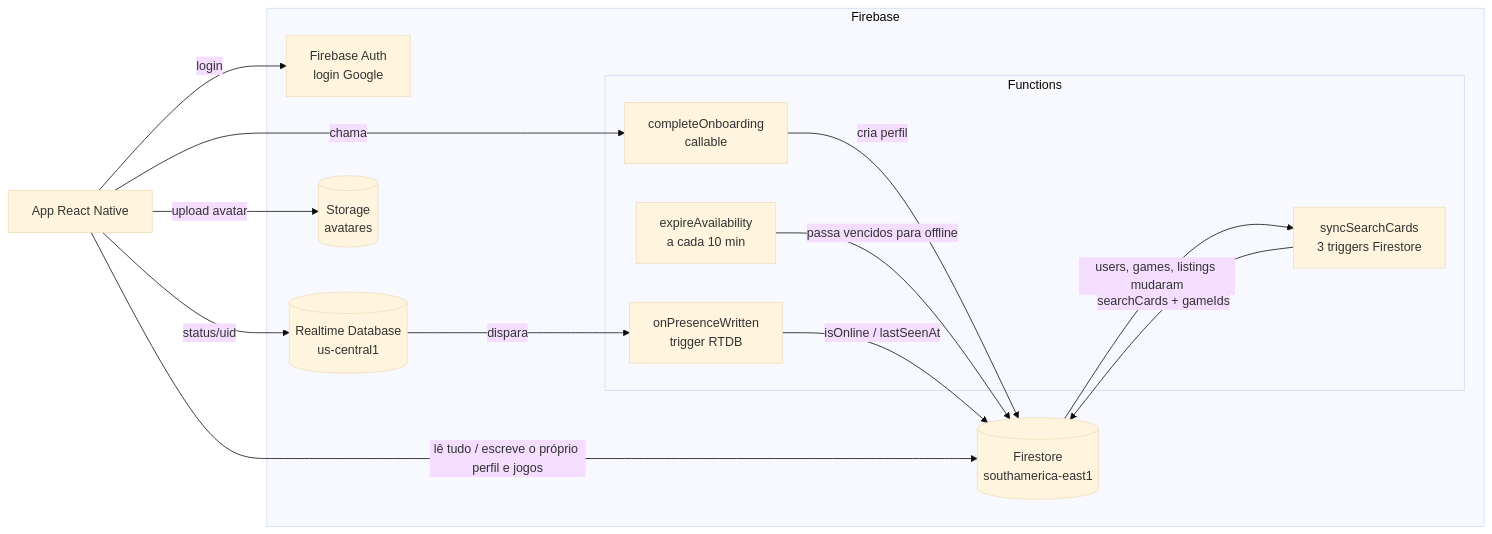
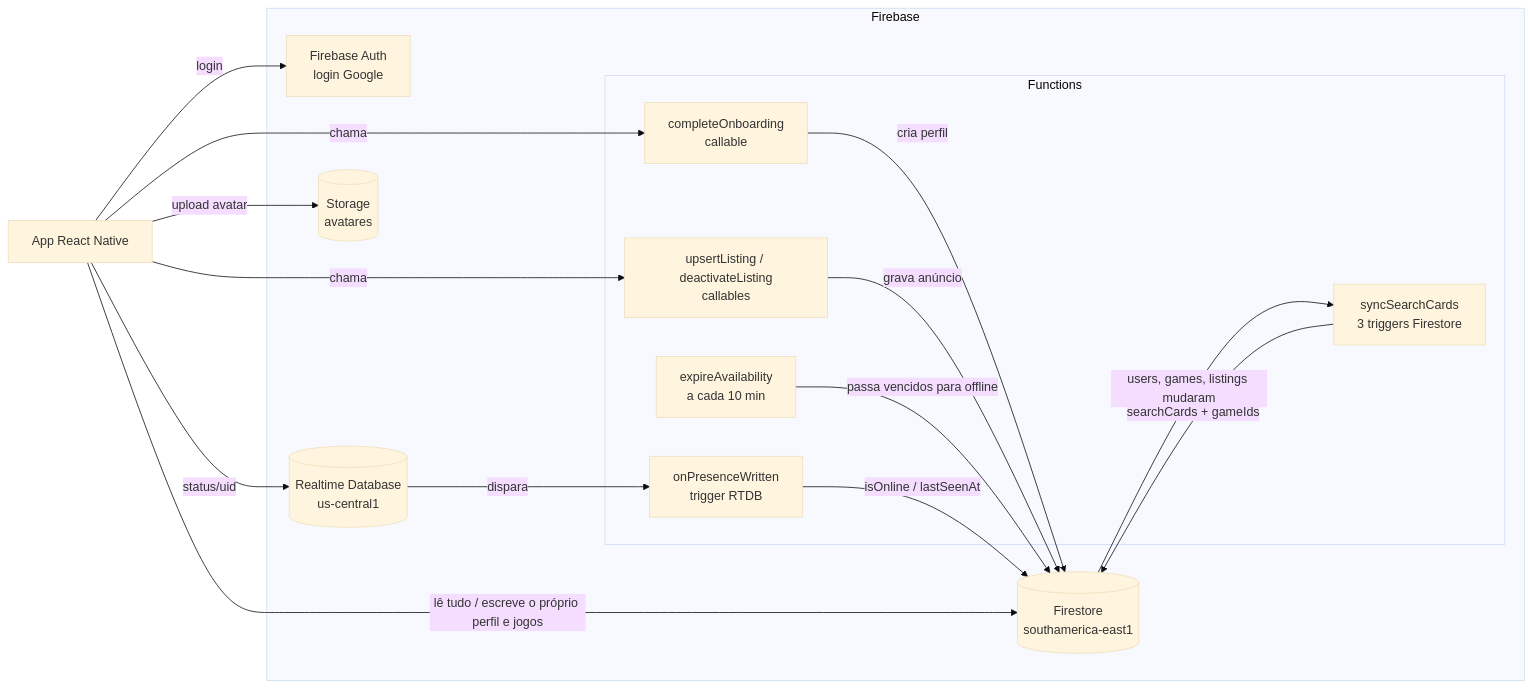
Before and after one commit to BMTeam-dev/player_two_backend: the diagram in docs/DOCs.md, drawn with Mermaid (base theme). The commit also changed other lines of this file and 9 other files, not shown here.

Commit message:
Adiciona upsertListing e deactivateListing (tarefa 21) (#8)

````diff
--- a/docs/DOCs.md
+++ b/docs/DOCs.md
@@ -41,29 +42,32 @@
 ```mermaid
 flowchart LR
   App[App React Native]
 
   subgraph Firebase
     Auth[Firebase Auth<br/>login Google]
     FS[(Firestore<br/>southamerica-east1)]
     RTDB[(Realtime Database<br/>us-central1)]
     ST[(Storage<br/>avatares)]
     subgraph Functions
       CO[completeOnboarding<br/>callable]
       EA[expireAvailability<br/>a cada 10 min]
       PW[onPresenceWritten<br/>trigger RTDB]
       SC[syncSearchCards<br/>3 triggers Firestore]
+      LI[upsertListing / deactivateListing<br/>callables]
     end
   end
 
   App -- login --> Auth
   App -- lê tudo / escreve o próprio perfil e jogos --> FS
   App -- status/uid --> RTDB
   App -- upload avatar --> ST
   App -- chama --> CO
   CO -- cria perfil --> FS
+  App -- chama --> LI
+  LI -- grava anúncio --> FS
   EA -- passa vencidos para offline --> FS
   RTDB -- dispara --> PW
   PW -- isOnline / lastSeenAt --> FS
   FS -- users, games, listings mudaram --> SC
   SC -- searchCards + gameIds --> FS
 ```
````
